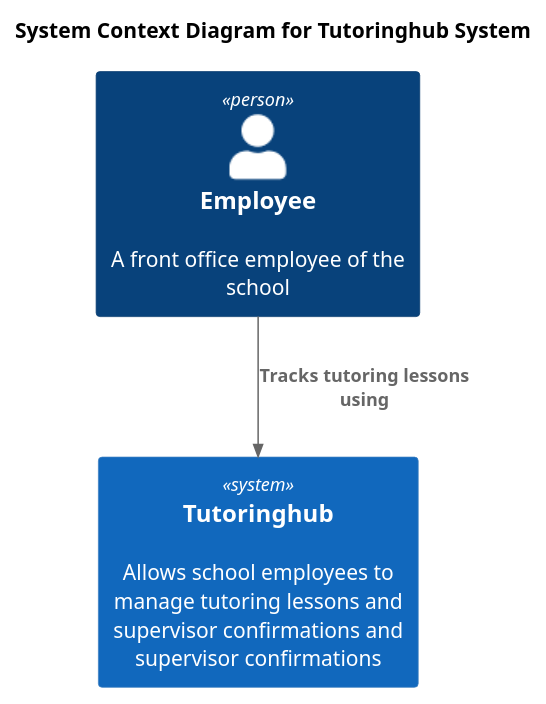
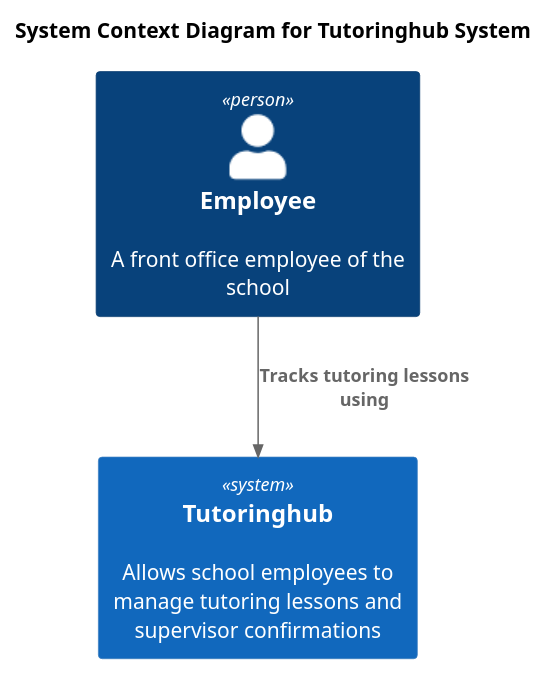
One commit to Iantomasi/tutoringhub-ms changed the diagram in diagrams/tutoringhub_context_diagram_c4L1.puml. Above: the diagram before and after it, drawn with PlantUML. The commit also changed 59 other files, not shown here.

```diff
--- a/diagrams/tutoringhub_context_diagram_c4L1.puml
+++ b/diagrams/tutoringhub_context_diagram_c4L1.puml
@@ -1,8 +1,8 @@
 @startuml
 !includeurl https://raw.githubusercontent.com/RicardoNiepel/C4-PlantUML/master/C4_Context.puml
 title System Context Diagram for Tutoringhub System
 Person(employee, "Employee", "A front office employee of the school")
-System(system, "Tutoringhub", "Allows school employees to manage tutoring lessons and supervisor confirmations and supervisor confirmations")
+System(system, "Tutoringhub", "Allows school employees to manage tutoring lessons and supervisor confirmations")
 Rel(employee, system, "Tracks tutoring lessons using")
 'SHOW_LEGEND()
 @enduml
```
